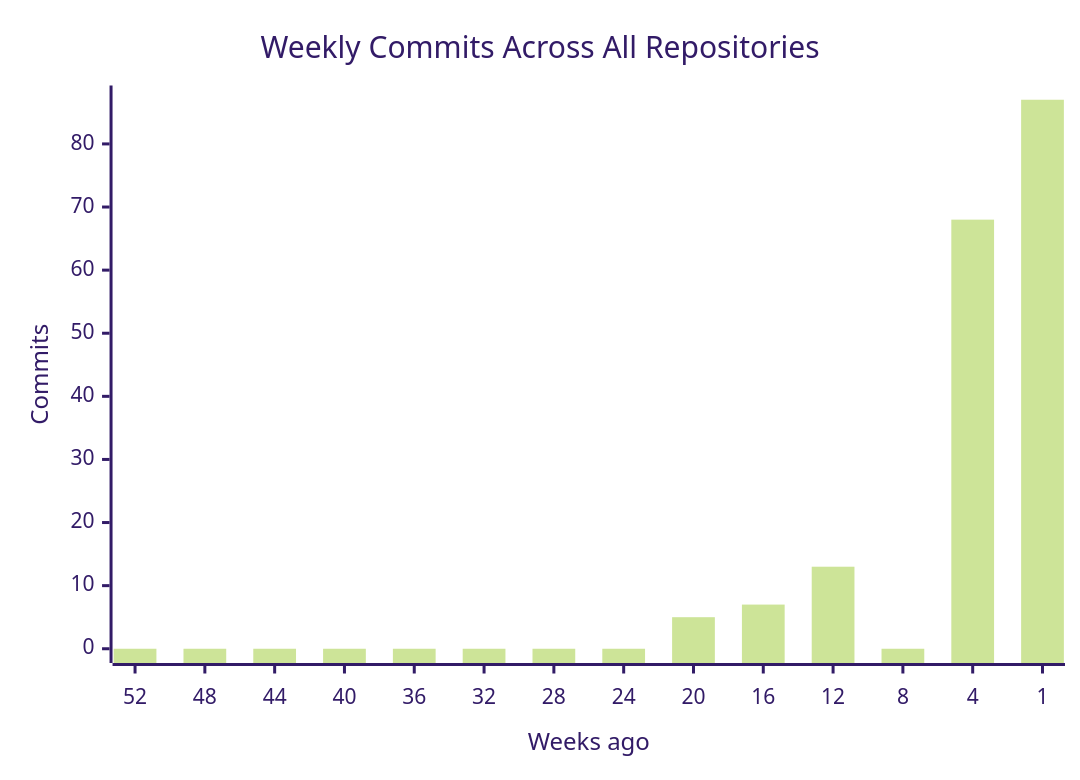
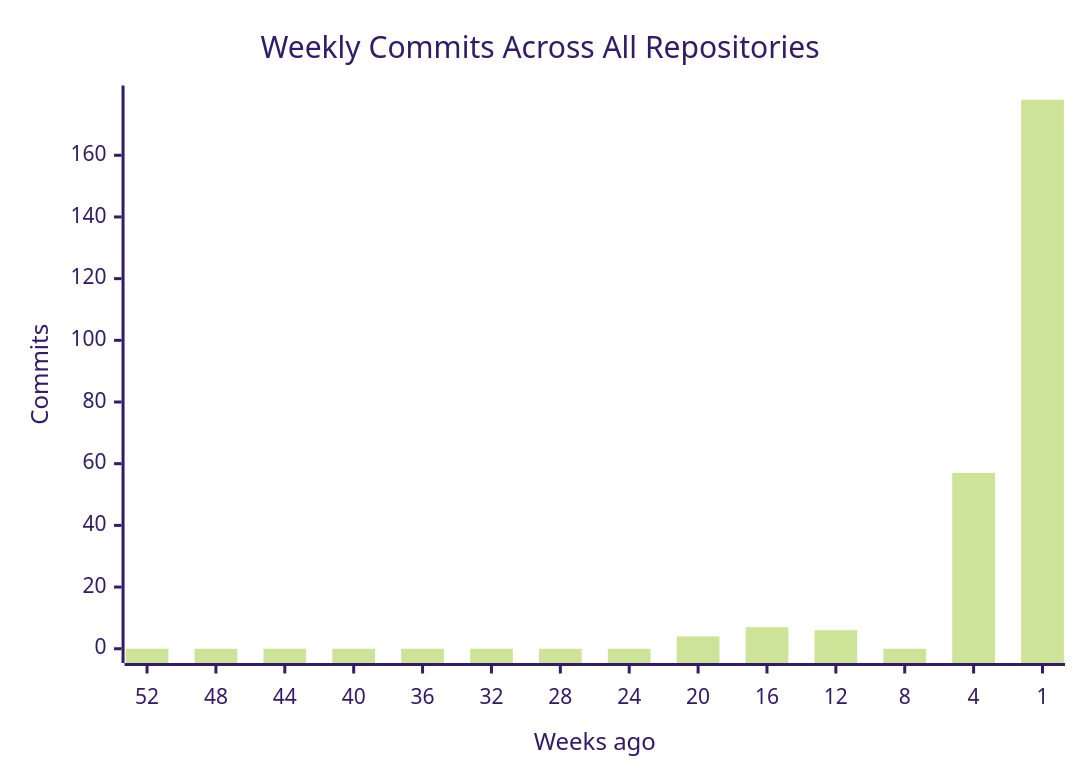
The first of 4 diagrams in profile/README.md (CSTH-Projects/.github), drawn with Mermaid (forest theme) before and after one commit. The commit also changed other lines of this file, not shown here.

````diff
--- a/profile/README.md
+++ b/profile/README.md
@@ -16,7 +16,7 @@
 ```mermaid
 xychart-beta
     title "Weekly Commits Across All Repositories"
     x-axis "Weeks ago" [52, 48, 44, 40, 36, 32, 28, 24, 20, 16, 12, 8, 4, 1]
     y-axis "Commits"
-    bar [0, 0, 0, 0, 0, 0, 0, 0, 5, 7, 13, 0, 68, 87]
+    bar [0, 0, 0, 0, 0, 0, 0, 0, 4, 7, 6, 0, 57, 178]
 ```
````
